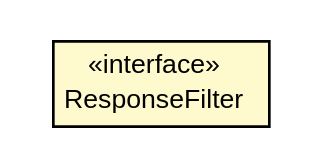
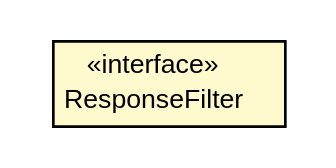
One commit to growbit/turbogwt-core changed the diagram in javadoc/apidocs/org/turbogwt/core/http/client/ResponseFilter.dot. Above: the diagram before and after it, drawn with Graphviz. The commit also changed 275 other files, not shown here.

```diff
--- a/javadoc/apidocs/org/turbogwt/core/http/client/ResponseFilter.dot
+++ b/javadoc/apidocs/org/turbogwt/core/http/client/ResponseFilter.dot
@@ -1,20 +1,20 @@
 #!/usr/local/bin/dot
 #
 # Class diagram 
 # Generated by UMLGraph version R5_6-24-gf6e263 (http://www.umlgraph.org/)
 #
 
 digraph G {
-	edge [fontname="arial",fontsize=10,labelfontname="arial",labelfontsize=10];
-	node [fontname="arial",fontsize=10,shape=plaintext];
+	edge [fontname="Helvetica",fontsize=10,labelfontname="Helvetica",labelfontsize=10];
+	node [fontname="Helvetica",fontsize=10,shape=plaintext];
 	nodesep=0.25;
 	ranksep=0.5;
 	rankdir=LR;
 	// org.turbogwt.core.http.client.ResponseFilter
-	c3130 [label=<<table title="org.turbogwt.core.http.client.ResponseFilter" border="0" cellborder="1" cellspacing="0" cellpadding="2" port="p" bgcolor="lemonChiffon" href="./ResponseFilter.html">
+	c4349 [label=<<table title="org.turbogwt.core.http.client.ResponseFilter" border="0" cellborder="1" cellspacing="0" cellpadding="2" port="p" bgcolor="lemonChiffon" href="./ResponseFilter.html">
 		<tr><td><table border="0" cellspacing="0" cellpadding="1">
 <tr><td align="center" balign="center"> &#171;interface&#187; </td></tr>
 <tr><td align="center" balign="center"> ResponseFilter </td></tr>
 		</table></td></tr>
-		</table>>, URL="./ResponseFilter.html", fontname="arial", fontcolor="black", fontsize=10.0];
+		</table>>, URL="./ResponseFilter.html", fontname="Helvetica", fontcolor="black", fontsize=10.0];
 }
```
